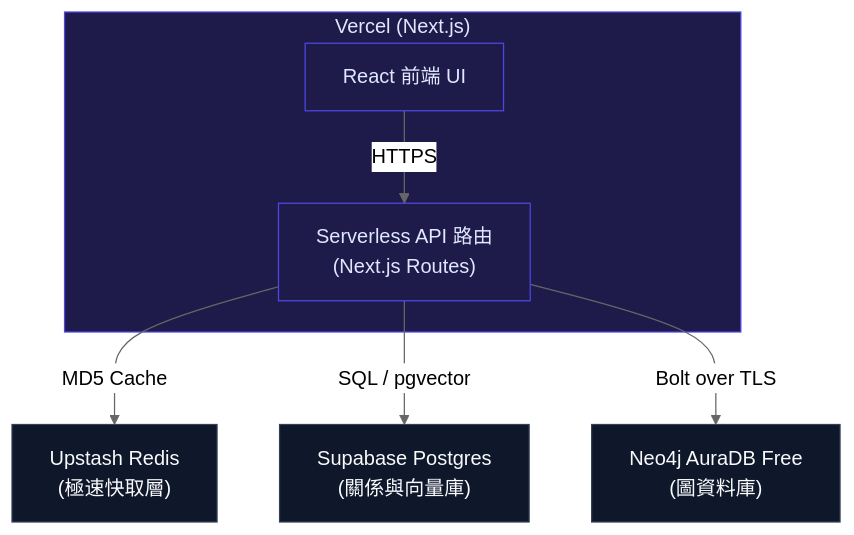
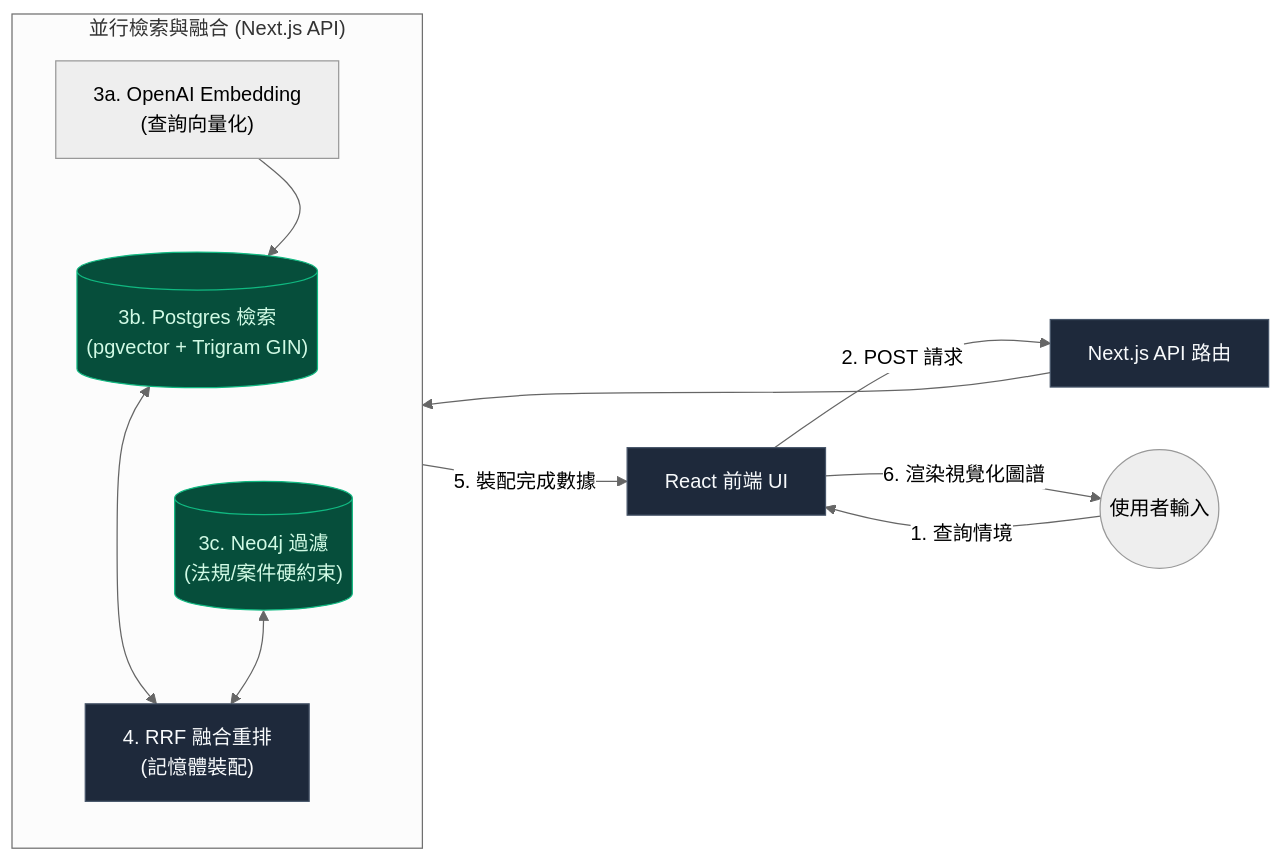
One commit to zrkluke/Graph-RAG changed the third of 3 diagrams in openspec/project.md. Above: the diagram before and after it, drawn with Mermaid (neutral theme). The commit also changed other lines of this file and 1 other file, not shown here.

Commit message:
docs(readme): 升級系統架構圖為 Mermaid 格式，優化排版與節點間距

````diff
--- a/openspec/project.md
+++ b/openspec/project.md
@@ -24,20 +126,29 @@
 ```mermaid
-flowchart TD
-    subgraph Vercel ["Vercel (Next.js)"]
-        UI["React 前端 UI"]
-        API["Serverless API 路由<br/>(Next.js Routes)"]
-        UI -->|HTTPS| API
+flowchart LR
+    UserInput((使用者輸入)) -->|1. 查詢情境| Frontend["React 前端 UI"]
+    Frontend -->|2. POST 請求| API["Next.js API 路由"]
+    
+    subgraph QueryProcess ["並行檢索與融合 (Next.js API)"]
+        direction TB
+        OpenAI["3a. OpenAI Embedding<br/>(查詢向量化)"]
+        Postgres[("3b. Postgres 檢索<br/>(pgvector + Trigram GIN)")]
+        Neo4j[("3c. Neo4j 過濾<br/>(法規/案件硬約束)")]
+        RRF["4. RRF 融合重排<br/>(記憶體裝配)"]
+        
+        OpenAI ~~~ Postgres
+        Postgres ~~~ Neo4j
+        OpenAI --> Postgres
+        Postgres <--> RRF
+        Neo4j <--> RRF
     end
 
-    Redis["Upstash Redis<br/>(極速快取層)"]
-    Postgres["Supabase Postgres<br/>(關係與向量庫)"]
-    Neo4j["Neo4j AuraDB Free<br/>(圖資料庫)"]
+    API --> OpenAI
+    RRF -->|5. 裝配完成數據| Frontend
+    Frontend -->|6. 渲染視覺化圖譜| UserInput
 
-    API -->|MD5 Cache| Redis
-    API -->|SQL / pgvector| Postgres
-    API -->|Bolt over TLS| Neo4j
-
-    classDef default fill:#0f172a,stroke:#334155,stroke-width:1px,color:#f8fafc;
-    classDef highlight fill:#1e1b4b,stroke:#4f46e5,stroke-width:1px,color:#e0e7ff;
-    class Vercel,UI,API highlight;
+    classDef process fill:#1e293b,stroke:#475569,stroke-width:1px,color:#f8fafc;
+    classDef db fill:#064e3b,stroke:#10b981,stroke-width:1px,color:#d1fae5;
+    
+    class API,RRF,Frontend process;
+    class Postgres,Neo4j db;
 ```
````
